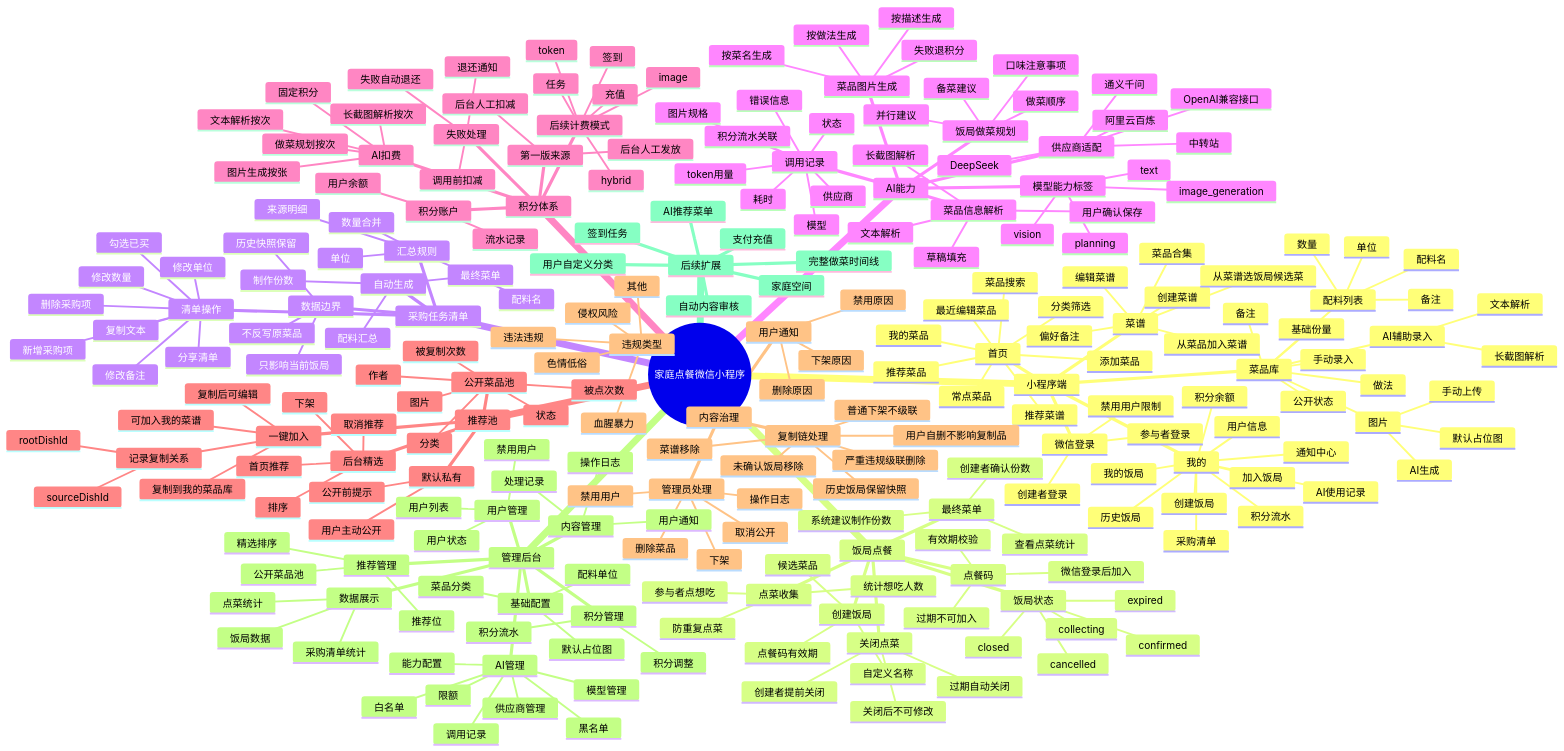
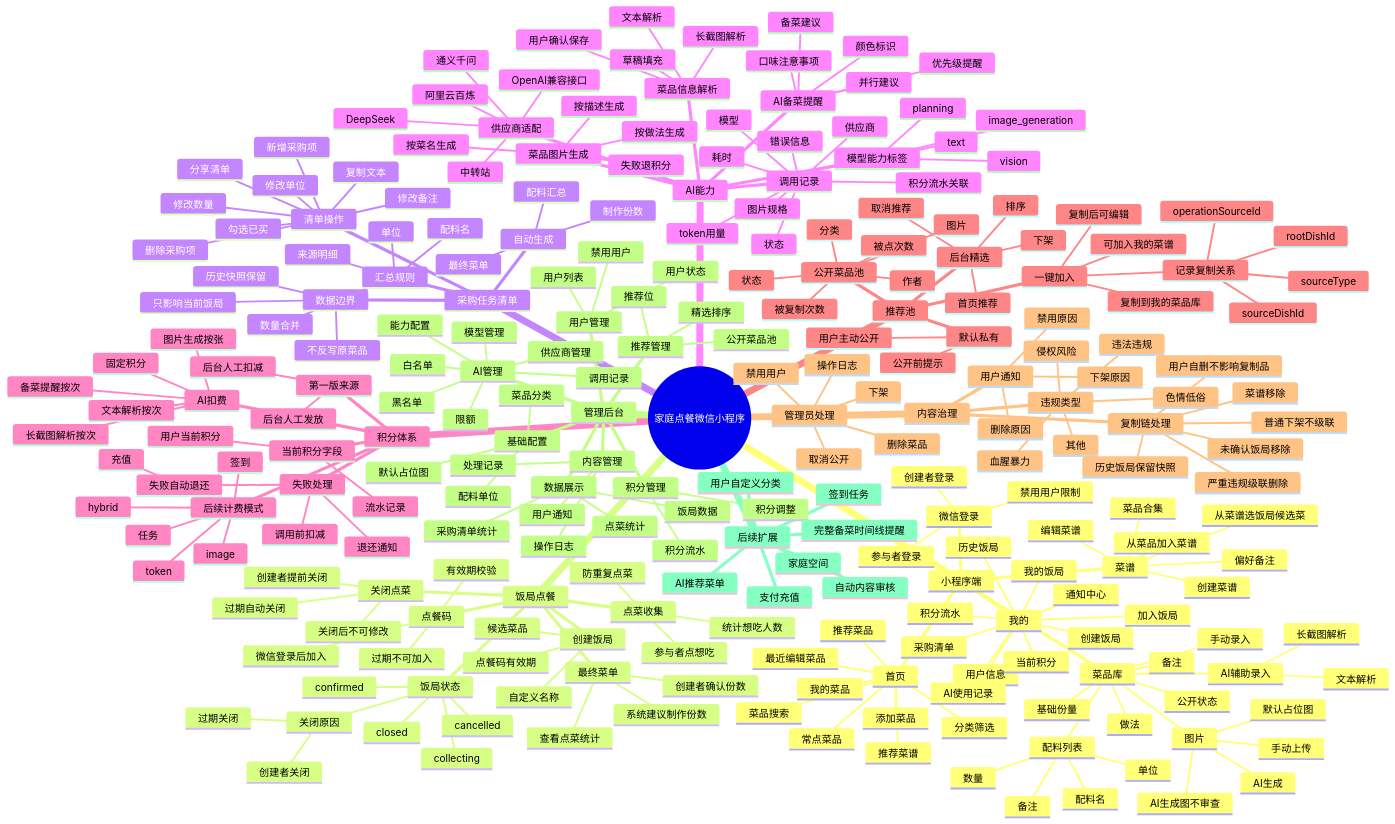
The diagram in aiDoc/prd/family-menu-miniapp-feature-mindmap.md (dyjh/gin-vue-admin), drawn with Mermaid before and after one commit. The commit also changed 102 other files, not shown here.

````diff
--- a/aiDoc/prd/family-menu-miniapp-feature-mindmap.md
+++ b/aiDoc/prd/family-menu-miniapp-feature-mindmap.md
@@ -28,6 +28,7 @@
           手动上传
           AI生成
           默认占位图
+          AI生成图不审查
         基础份量
         配料列表
           配料名
@@ -46,7 +47,7 @@
         从菜谱选饭局候选菜
       我的
         用户信息
-        积分余额
+        当前积分
         积分流水
         AI使用记录
         创建饭局
@@ -80,8 +81,10 @@
         collecting
         closed
         confirmed
-        expired
         cancelled
+        关闭原因
+          过期关闭
+          创建者关闭
     采购任务清单
       自动生成
         最终菜单
@@ -116,8 +119,9 @@
         按描述生成
         按做法生成
         失败退积分
-      饭局做菜规划
-        做菜顺序
+      AI备菜提醒
+        优先级提醒
+        颜色标识
         备菜建议
         并行建议
         口味注意事项
@@ -142,8 +146,8 @@
         图片规格
         积分流水关联
     积分体系
-      积分账户
-        用户余额
+      当前积分字段
+        用户当前积分
         流水记录
       第一版来源
         后台人工发放
@@ -153,7 +157,7 @@
         文本解析按次
         长截图解析按次
         图片生成按张
-        做菜规划按次
+        备菜提醒按次
       失败处理
         调用前扣减
         失败自动退还
@@ -186,8 +190,10 @@
         可加入我的菜谱
         复制后可编辑
         记录复制关系
+          sourceType
           sourceDishId
           rootDishId
+          operationSourceId
     内容治理
       违规类型
         色情低俗
@@ -250,6 +256,6 @@
       签到任务
       用户自定义分类
       AI推荐菜单
-      完整做菜时间线
+      完整备菜时间线提醒
       自动内容审核
 ```
````
